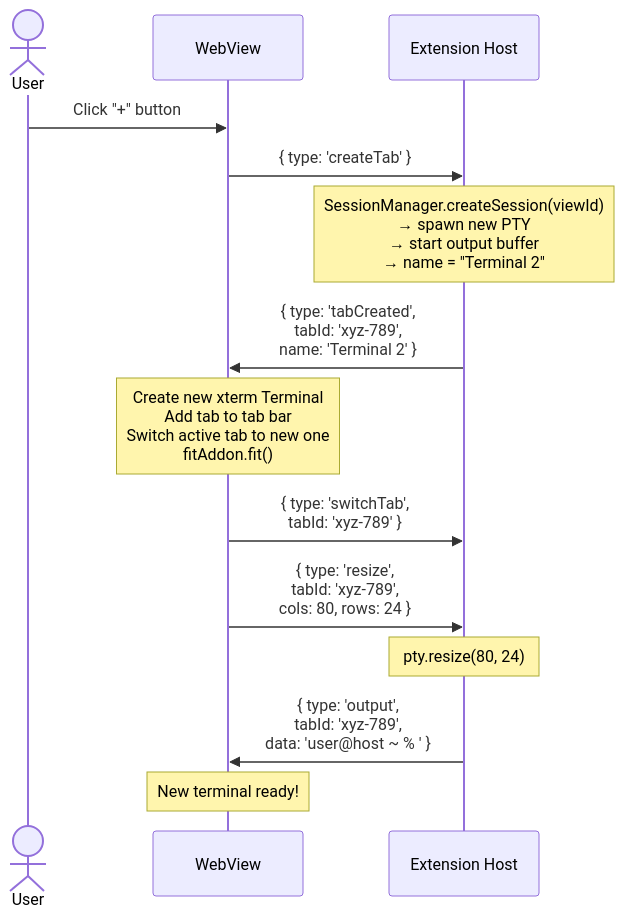
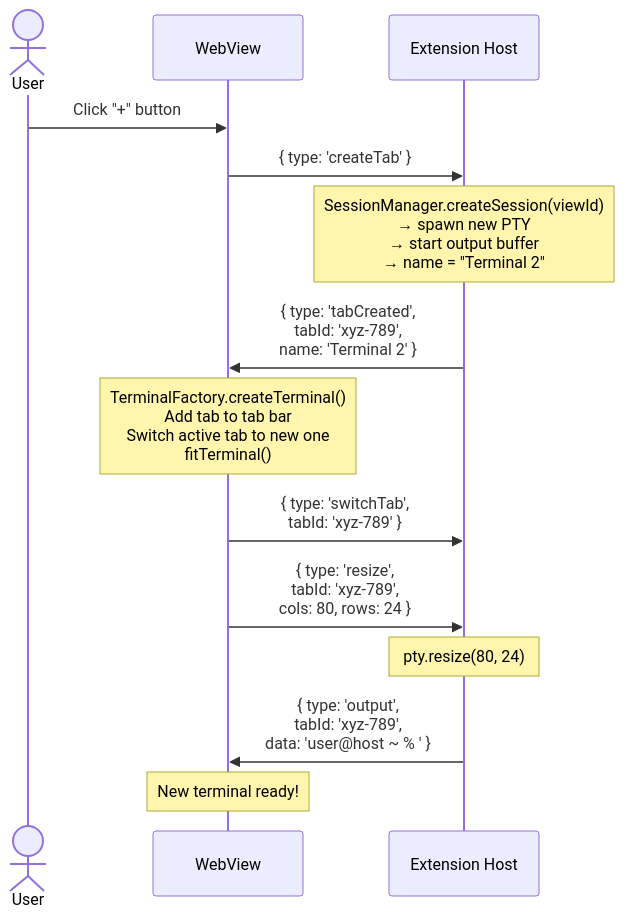
Before and after one commit to huybuidac/anywhere-terminal: the third of 7 diagrams in docs/design/message-protocol.md, drawn with Mermaid. The commit also changed other lines of this file and 46 other files, not shown here.

Commit message:
refactor: extract terminal factory, split renderer, and flow control into dedicated modules, reducing main.ts to a composition root, and add new webview tests.

````diff
--- a/docs/design/message-protocol.md
+++ b/docs/design/message-protocol.md
@@ -453,26 +534,26 @@
 ```mermaid
 sequenceDiagram
     actor User
     participant WV as WebView
     participant Ext as Extension Host
 
     User->>WV: Click "+" button
 
     WV->>Ext: { type: 'createTab' }
 
     Note over Ext: SessionManager.createSession(viewId)<br/>→ spawn new PTY<br/>→ start output buffer<br/>→ name = "Terminal 2"
 
     Ext->>WV: { type: 'tabCreated',<br/>  tabId: 'xyz-789',<br/>  name: 'Terminal 2' }
 
-    Note over WV: Create new xterm Terminal<br/>Add tab to tab bar<br/>Switch active tab to new one<br/>fitAddon.fit()
+    Note over WV: TerminalFactory.createTerminal()<br/>Add tab to tab bar<br/>Switch active tab to new one<br/>fitTerminal()
 
     WV->>Ext: { type: 'switchTab',<br/>  tabId: 'xyz-789' }
 
     WV->>Ext: { type: 'resize',<br/>  tabId: 'xyz-789',<br/>  cols: 80, rows: 24 }
 
     Note over Ext: pty.resize(80, 24)
 
     Ext->>WV: { type: 'output',<br/>  tabId: 'xyz-789',<br/>  data: 'user@host ~ % ' }
 
     Note over WV: New terminal ready!
 ```
````
